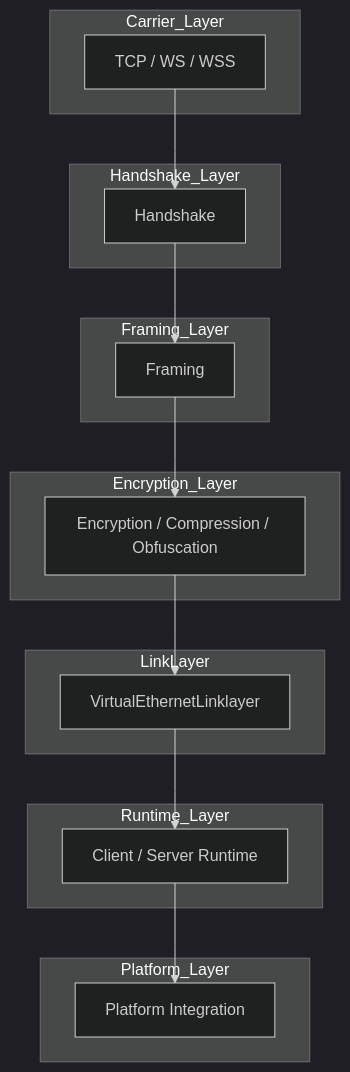
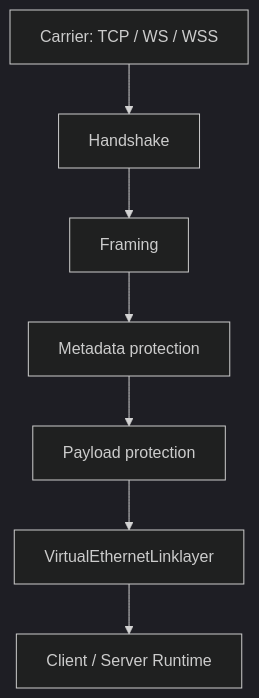
Before and after one commit to HyacinthHaru/openppp2: the first of 4 diagrams in docs/TRANSMISSION.md, drawn with Mermaid (dark theme). The commit also changed other lines of this file and 45 other files, not shown here.

````diff
--- a/docs/TRANSMISSION.md
+++ b/docs/TRANSMISSION.md
@@ -44,37 +26,9 @@
 ```mermaid
 flowchart TD
-    subgraph Carrier_Layer
-        A[TCP / WS / WSS]
-    end
-    
-    subgraph Handshake_Layer
-        B[Handshake]
-    end
-    
-    subgraph Framing_Layer
-        C[Framing]
-    end
-    
-    subgraph Encryption_Layer
-        D[Encryption / Compression / Obfuscation]
-    end
-    
-    subgraph LinkLayer
-        E[VirtualEthernetLinklayer]
-    end
-    
-    subgraph Runtime_Layer
-        F[Client / Server Runtime]
-    end
-    
-    subgraph Platform_Layer
-        G[Platform Integration]
-    end
-    
-    A --> B
-    B --> C
-    C --> D
-    D --> E
-    E --> F
-    F --> G
+    A[Carrier: TCP / WS / WSS] --> B[Handshake]
+    B --> C[Framing]
+    C --> D[Metadata protection]
+    D --> E[Payload protection]
+    E --> F[VirtualEthernetLinklayer]
+    F --> G[Client / Server Runtime]
 ```
````
